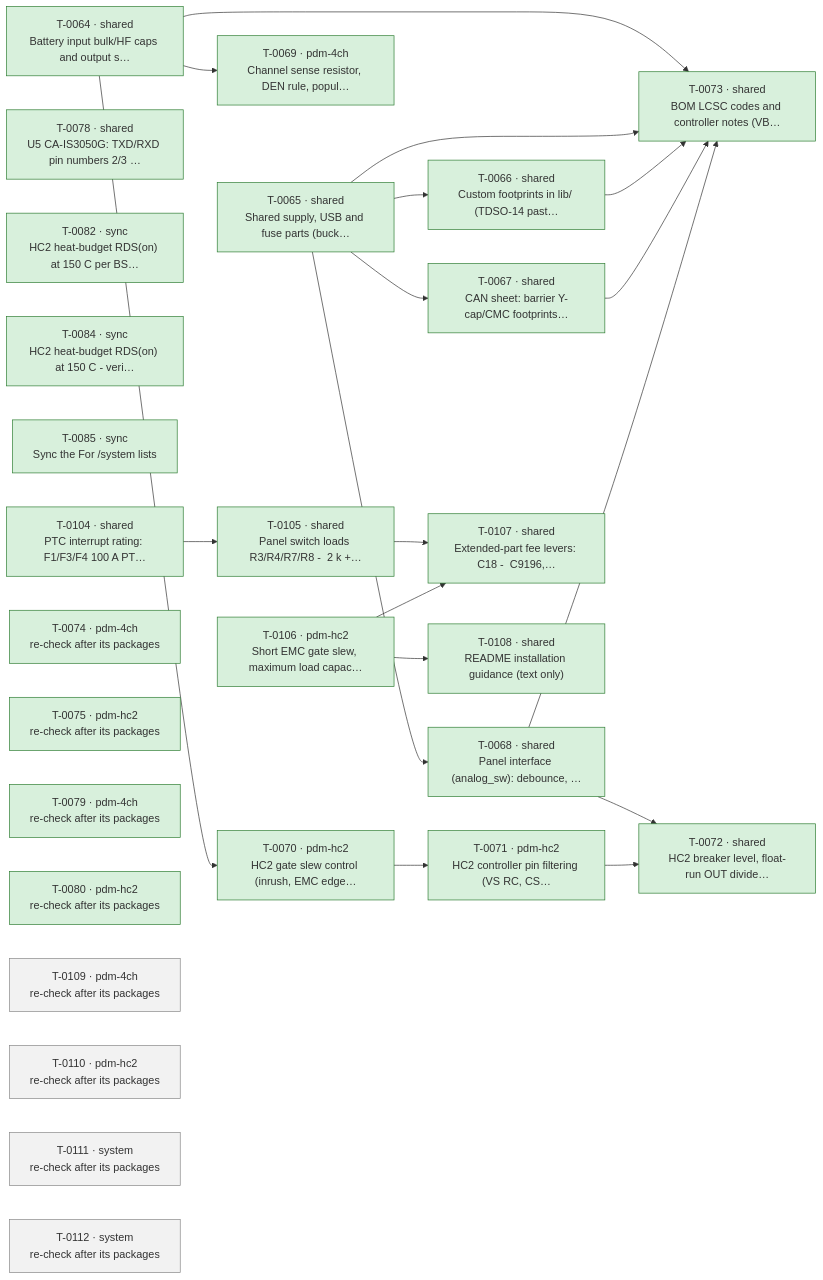
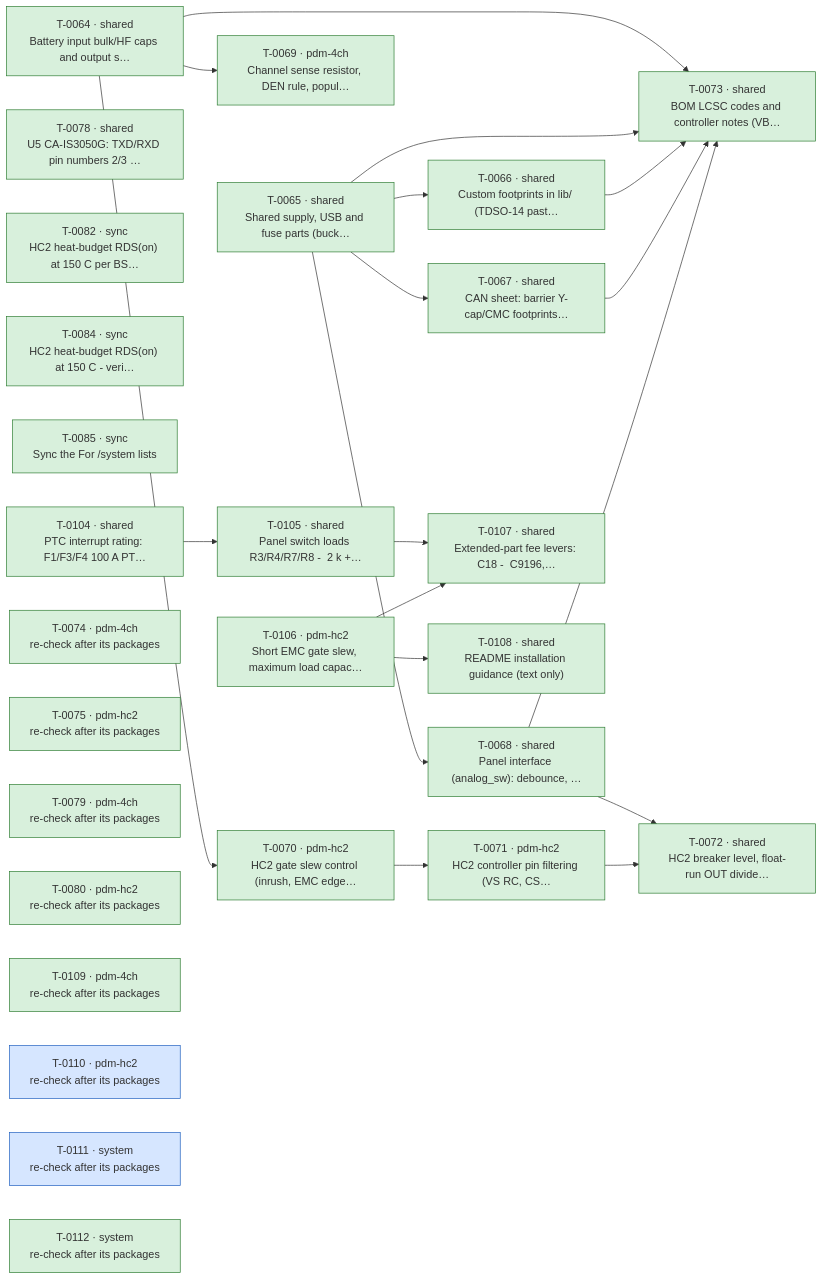
Before and after one commit to plektra/ESP32-PDM: the diagram in docs/ROADMAP.md, drawn with Mermaid. The commit also changed other lines of this file and 2 other files, not shown here.

Commit message:
Auto: validator pdm-4ch (T-0109): 0 decided by agents, 0 for the owner, 0 duplicates
Unattended run by tools/orchestrate.py, model sonnet, 0.21 USD.

````diff
--- a/docs/ROADMAP.md
+++ b/docs/ROADMAP.md
@@ -18,51 +18,51 @@
 ```mermaid
 flowchart LR
   T0064["T-0064 · shared<br/>Battery input bulk/HF caps and output s…"]:::done
   T0065["T-0065 · shared<br/>Shared supply, USB and fuse parts (buck…"]:::done
   T0066["T-0066 · shared<br/>Custom footprints in lib/ (TDSO-14 past…"]:::done
   T0067["T-0067 · shared<br/>CAN sheet: barrier Y-cap/CMC footprints…"]:::done
   T0068["T-0068 · shared<br/>Panel interface (analog_sw): debounce, …"]:::done
   T0069["T-0069 · pdm-4ch<br/>Channel sense resistor, DEN rule, popul…"]:::done
   T0070["T-0070 · pdm-hc2<br/>HC2 gate slew control (inrush, EMC edge…"]:::done
   T0071["T-0071 · pdm-hc2<br/>HC2 controller pin filtering (VS RC, CS…"]:::done
   T0072["T-0072 · shared<br/>HC2 breaker level, float-run OUT divide…"]:::done
   T0073["T-0073 · shared<br/>BOM LCSC codes and controller notes (VB…"]:::done
   T0078["T-0078 · shared<br/>U5 CA-IS3050G: TXD/RXD pin numbers 2/3 …"]:::done
   T0082["T-0082 · sync<br/>HC2 heat-budget RDS(on) at 150 C per BS…"]:::done
   T0084["T-0084 · sync<br/>HC2 heat-budget RDS(on) at 150 C - veri…"]:::done
   T0085["T-0085 · sync<br/>Sync the  For /system  lists"]:::done
   T0104["T-0104 · shared<br/>PTC interrupt rating: F1/F3/F4 100 A PT…"]:::done
   T0105["T-0105 · shared<br/>Panel switch loads R3/R4/R7/R8 -  2 k +…"]:::done
   T0106["T-0106 · pdm-hc2<br/>Short EMC gate slew, maximum load capac…"]:::done
   T0107["T-0107 · shared<br/>Extended-part fee levers: C18 -  C9196,…"]:::done
   T0108["T-0108 · shared<br/>README installation guidance (text only)"]:::done
   T0074["T-0074 · pdm-4ch<br/>re-check after its packages"]:::done
   T0075["T-0075 · pdm-hc2<br/>re-check after its packages"]:::done
   T0079["T-0079 · pdm-4ch<br/>re-check after its packages"]:::done
   T0080["T-0080 · pdm-hc2<br/>re-check after its packages"]:::done
-  T0109["T-0109 · pdm-4ch<br/>re-check after its packages"]:::ready
-  T0110["T-0110 · pdm-hc2<br/>re-check after its packages"]:::ready
-  T0111["T-0111 · system<br/>re-check after its packages"]:::ready
-  T0112["T-0112 · system<br/>re-check after its packages"]:::ready
+  T0109["T-0109 · pdm-4ch<br/>re-check after its packages"]:::done
+  T0110["T-0110 · pdm-hc2<br/>re-check after its packages"]:::running
+  T0111["T-0111 · system<br/>re-check after its packages"]:::running
+  T0112["T-0112 · system<br/>re-check after its packages"]:::done
   T0065 --> T0066
   T0065 --> T0067
   T0065 --> T0068
   T0064 --> T0069
   T0064 --> T0070
   T0070 --> T0071
   T0068 --> T0072
   T0071 --> T0072
   T0064 --> T0073
   T0065 --> T0073
   T0066 --> T0073
   T0067 --> T0073
   T0068 --> T0073
   T0104 --> T0105
   T0105 --> T0107
   T0106 --> T0107
   T0106 --> T0108
   classDef done fill:#d8f0dc,stroke:#2e7d32
   classDef running fill:#d6e6ff,stroke:#1f5fbf
   classDef ready fill:#f2f2f2,stroke:#888
   classDef failed fill:#f9d9d9,stroke:#b3261e
 ```
````
